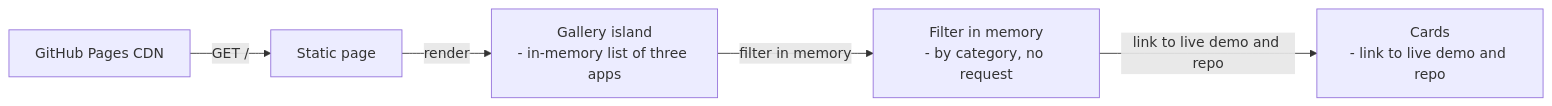
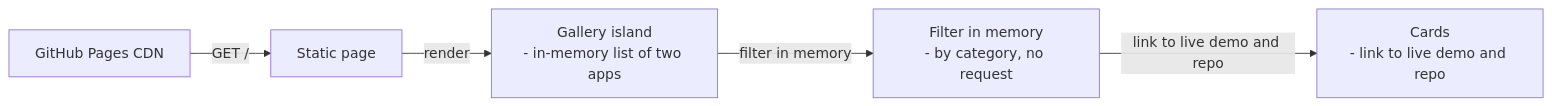
Before and after one commit to elleskay/platform-site: the second of 4 diagrams in README.md, drawn with Mermaid. The commit also changed other lines of this file and 16 other files, not shown here.

````diff
--- a/README.md
+++ b/README.md
@@ -99,7 +99,7 @@
 ```mermaid
 flowchart LR
   CDN["GitHub Pages CDN"] -->|"GET /"| Page["Static page"]
-  Page -->|"render"| Gallery["Gallery island<br/>- in-memory list of three apps"]
+  Page -->|"render"| Gallery["Gallery island<br/>- in-memory list of two apps"]
   Gallery -->|"filter in memory"| Filter["Filter in memory<br/>- by category, no request"]
   Filter -->|"link to live demo and repo"| Cards["Cards<br/>- link to live demo and repo"]
 ```
````
